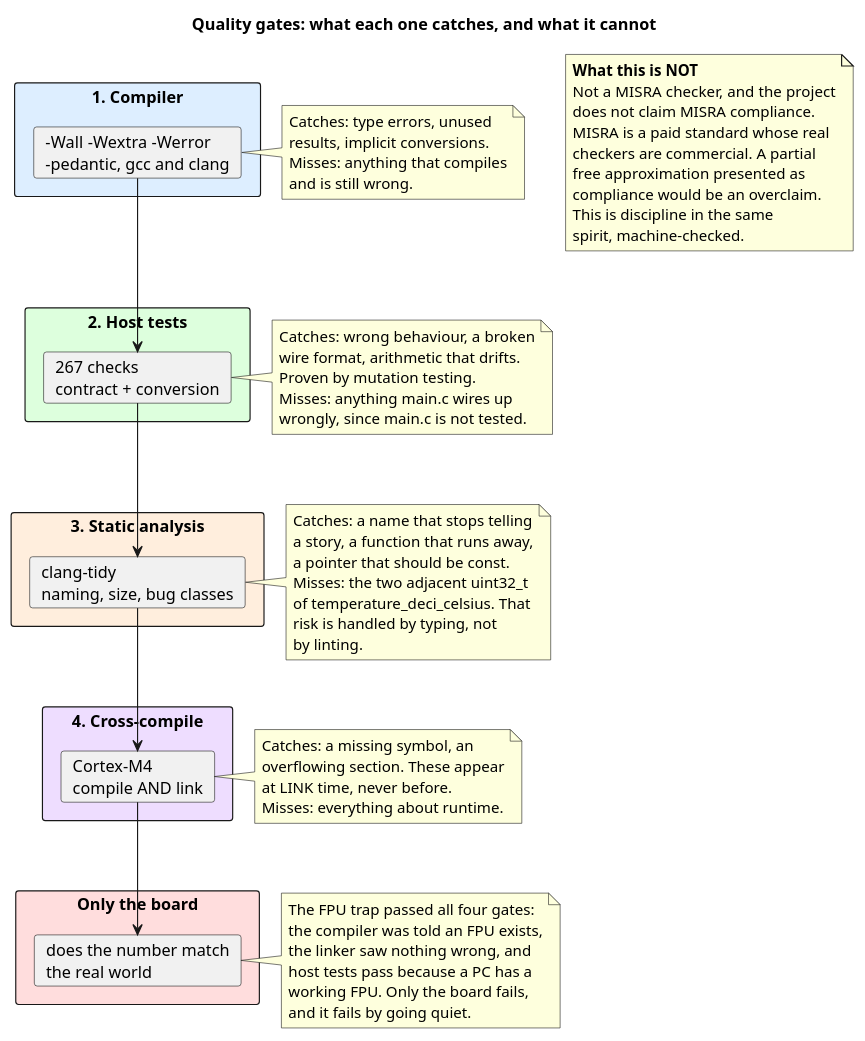
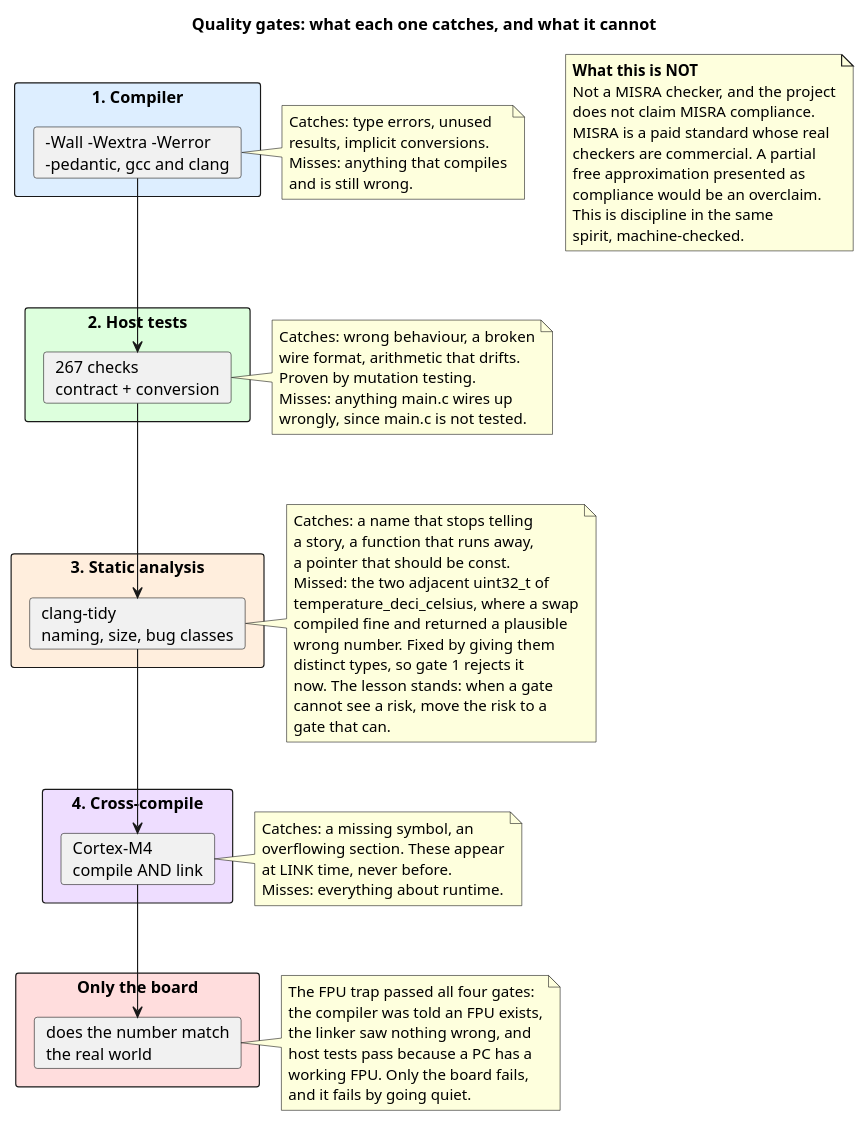
The diagram in docs/uml/quality-gates.puml (bogdanbaloi/hmi-edge-node), drawn with PlantUML before and after one commit. The commit also changed 6 other files, not shown here.

First line of the commit message:
Give the two raw readings distinct types

```diff
--- a/docs/uml/quality-gates.puml
+++ b/docs/uml/quality-gates.puml
@@ -1,88 +1,92 @@
 @startuml quality-gates
 ' The four gates a change passes, and what each one can and cannot catch.
 ' Grounded in .github/workflows/ci.yml, .clang-tidy, tests/, docs/uml/.
 
 title Quality gates: what each one catches, and what it cannot
 
 skinparam shadowing false
 skinparam componentStyle rectangle
 
 rectangle "1. Compiler" as C #ddeeff {
   card "-Wall -Wextra -Werror\n-pedantic, gcc and clang" as Cc
 }
 
 rectangle "2. Host tests" as T #ddffdd {
   card "267 checks\ncontract + conversion" as Tt
 }
 
 rectangle "3. Static analysis" as S #ffeedd {
   card "clang-tidy\nnaming, size, bug classes" as Ss
 }
 
 rectangle "4. Cross-compile" as X #eeddff {
   card "Cortex-M4\ncompile AND link" as Xx
 }
 
 rectangle "Only the board" as B #ffdddd {
   card "does the number match\nthe real world" as Bb
 }
 
 Cc --> Tt
 Tt --> Ss
 Ss --> Xx
 Xx --> Bb
 
 note right of Cc
   Catches: type errors, unused
   results, implicit conversions.
   Misses: anything that compiles
   and is still wrong.
 end note
 
 note right of Tt
   Catches: wrong behaviour, a broken
   wire format, arithmetic that drifts.
   Proven by mutation testing.
   Misses: anything main.c wires up
   wrongly, since main.c is not tested.
 end note
 
 note right of Ss
   Catches: a name that stops telling
   a story, a function that runs away,
   a pointer that should be const.
-  Misses: the two adjacent uint32_t
-  of temperature_deci_celsius. That
-  risk is handled by typing, not
-  by linting.
+  Missed: the two adjacent uint32_t of
+  temperature_deci_celsius, where a swap
+  compiled fine and returned a plausible
+  wrong number. Fixed by giving them
+  distinct types, so gate 1 rejects it
+  now. The lesson stands: when a gate
+  cannot see a risk, move the risk to a
+  gate that can.
 end note
 
 note right of Xx
   Catches: a missing symbol, an
   overflowing section. These appear
   at LINK time, never before.
   Misses: everything about runtime.
 end note
 
 note right of Bb
   The FPU trap passed all four gates:
   the compiler was told an FPU exists,
   the linker saw nothing wrong, and
   host tests pass because a PC has a
   working FPU. Only the board fails,
   and it fails by going quiet.
 end note
 
 note as Honest
   **What this is NOT**
   Not a MISRA checker, and the project
   does not claim MISRA compliance.
   MISRA is a paid standard whose real
   checkers are commercial. A partial
   free approximation presented as
   compliance would be an overclaim.
   This is discipline in the same
   spirit, machine-checked.
 end note
 
 @enduml
```
